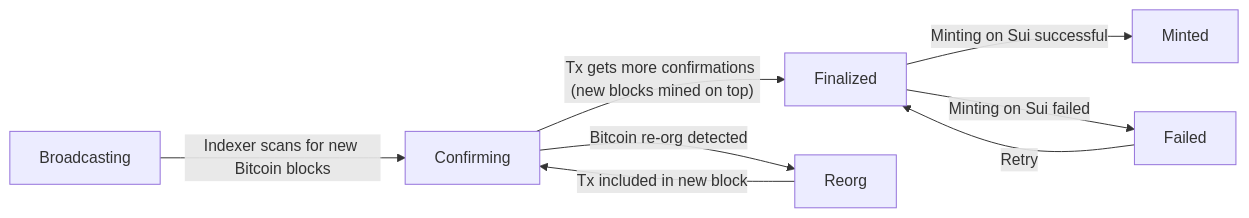
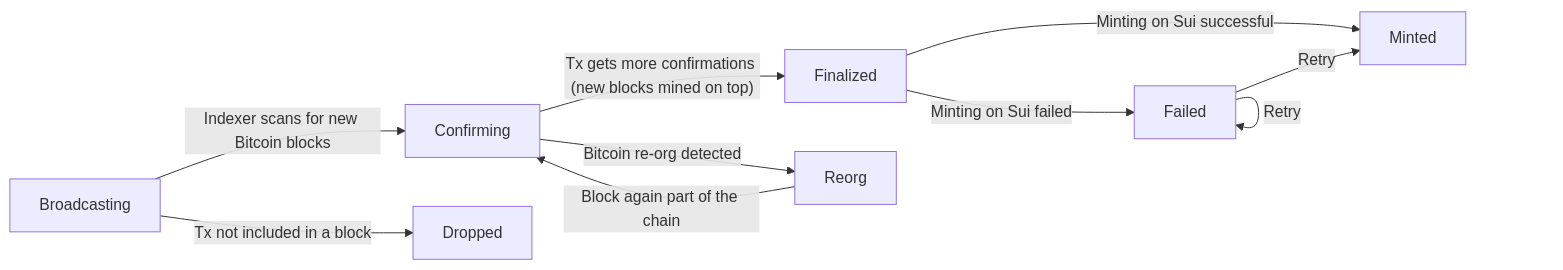
Before and after one commit to gonative-cc/sui-native: the third of 3 diagrams in nBTC/docs/nbtc_minting.md, drawn with Mermaid.

````diff
--- a/nBTC/docs/nbtc_minting.md
+++ b/nBTC/docs/nbtc_minting.md
@@ -92,10 +92,12 @@
 ```mermaid
 flowchart LR
     Broadcasting -- "Indexer scans for new Bitcoin blocks" --> Confirming
+    Broadcasting -- "Tx not included in a block" --> Dropped
     Confirming -- "Tx gets more confirmations (new blocks mined on top)" --> Finalized
     Confirming -- "Bitcoin re-org detected" --> Reorg
-    Reorg -- "Tx included in new block" --> Confirming
+    Reorg -- "Block again part of the chain" --> Confirming
     Finalized -- "Minting on Sui successful" --> Minted
     Finalized -- "Minting on Sui failed" --> Failed
-    Failed -- "Retry" --> Finalized
+    Failed -- "Retry" --> Minted
+    Failed -- "Retry" --> Failed
 ```
````
